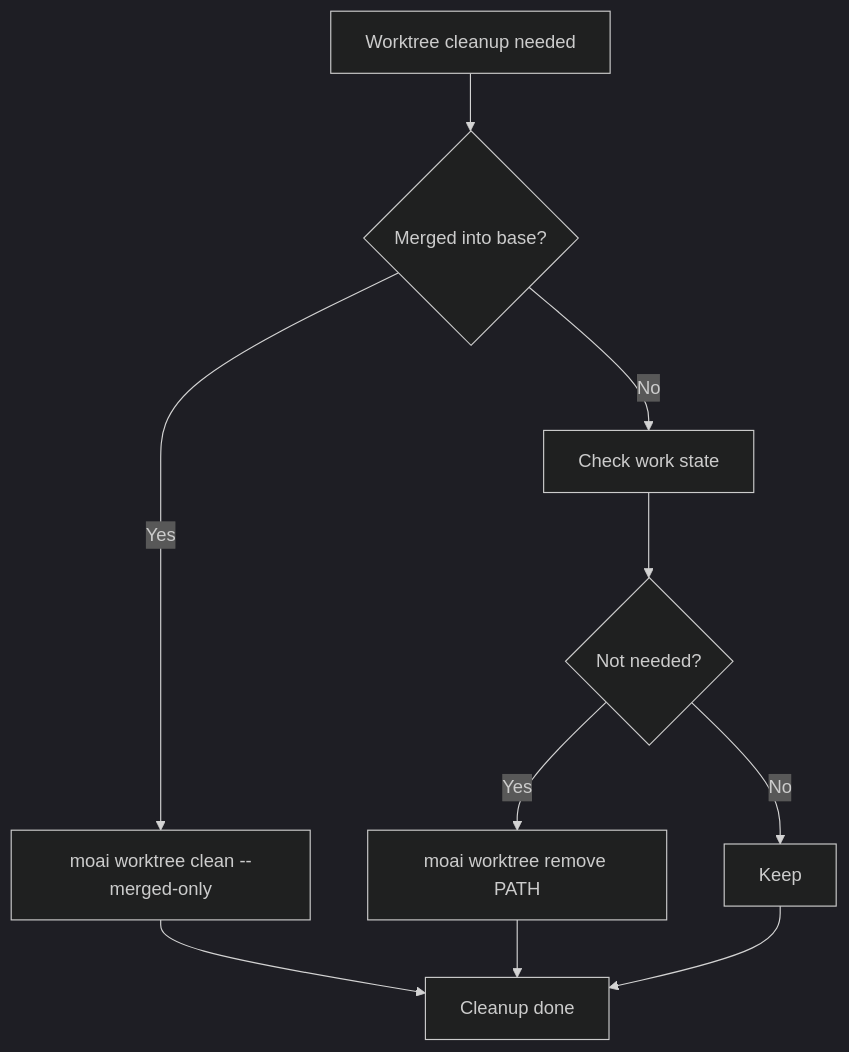
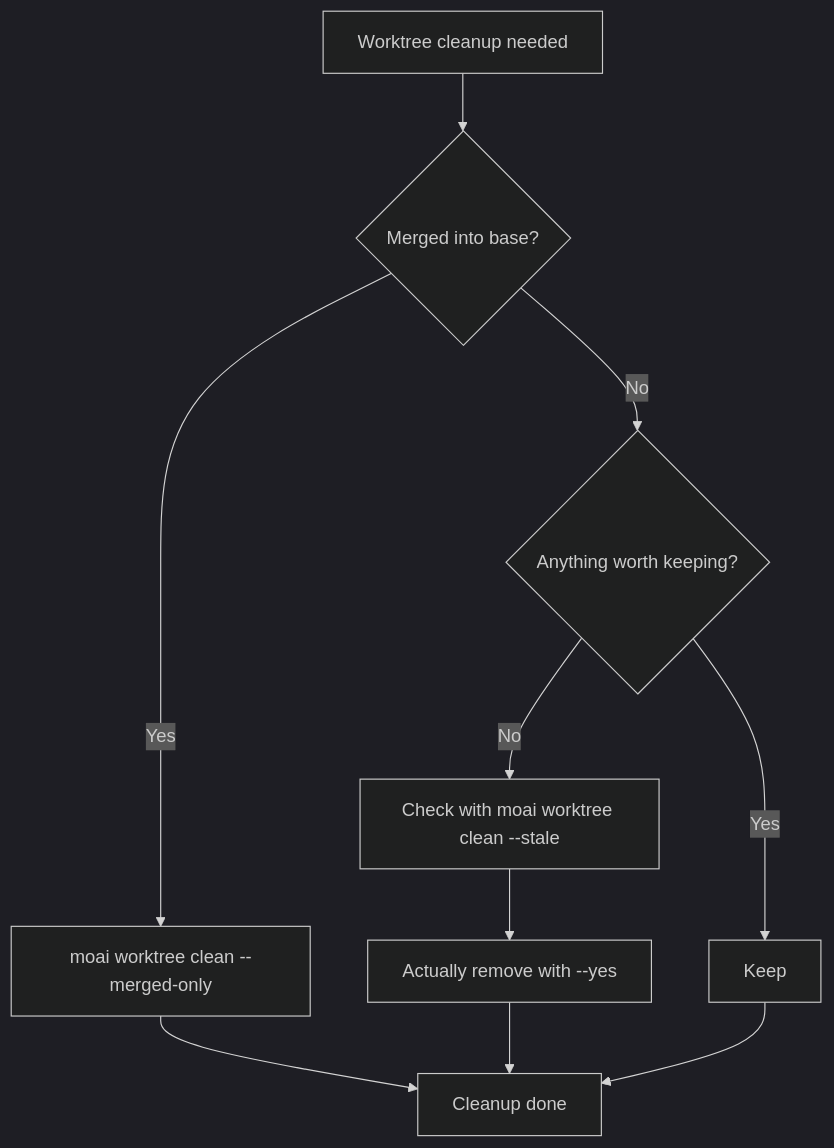
One commit to modu-ai/moai-adk changed the seventh of 9 diagrams in docs-site/content/en/worktree/faq.md. Above: the diagram before and after it, drawn with Mermaid (dark theme). The commit also changed other lines of this file and 35 other files, not shown here.

````diff
--- a/docs-site/content/en/worktree/faq.md
+++ b/docs-site/content/en/worktree/faq.md
@@ -330,12 +413,12 @@
 ```mermaid
 graph TD
     A[Worktree cleanup needed] --> B{Merged into base?}
     B -->|Yes| C[moai worktree clean --merged-only]
-    B -->|No| D[Check work state]
-    D --> E{Not needed?}
-    E -->|Yes| F[moai worktree remove PATH]
-    E -->|No| G[Keep]
+    B -->|No| D{Anything worth keeping?}
+    D -->|No| E[Check with moai worktree clean --stale]
+    E --> F[Actually remove with --yes]
+    D -->|Yes| G[Keep]
     C --> H[Cleanup done]
     F --> H
     G --> H
 ```
````
